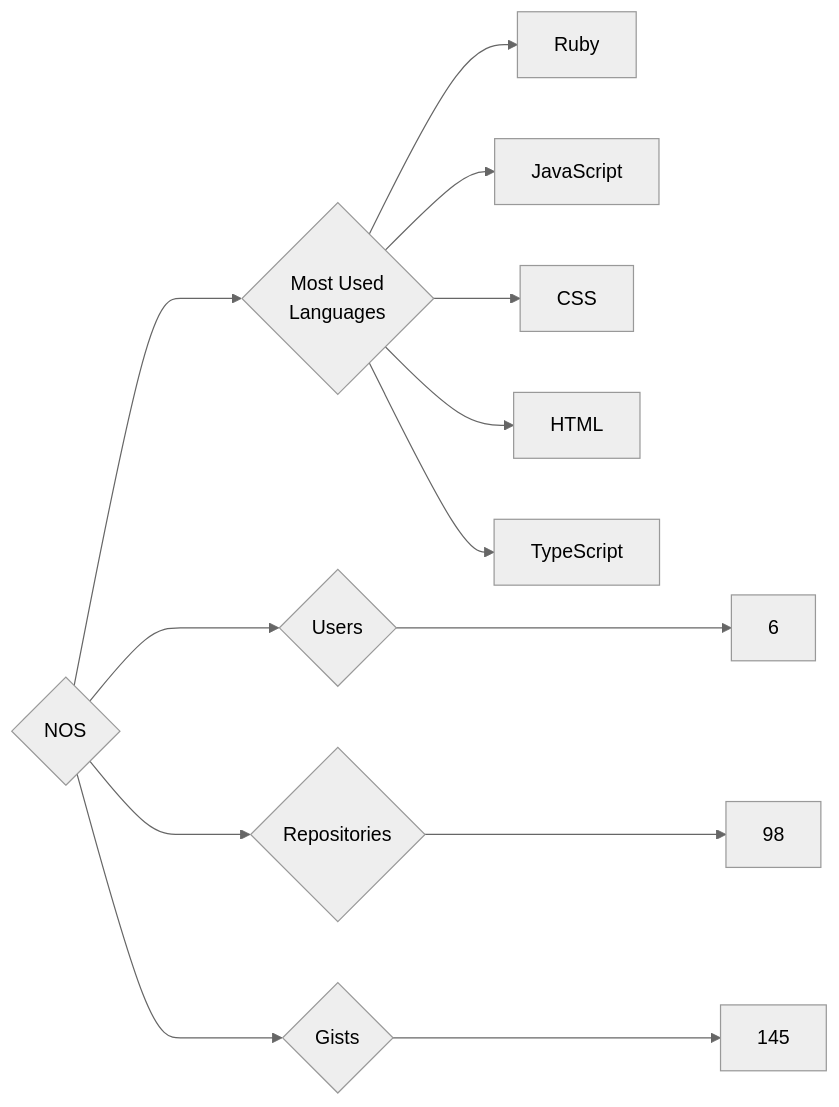
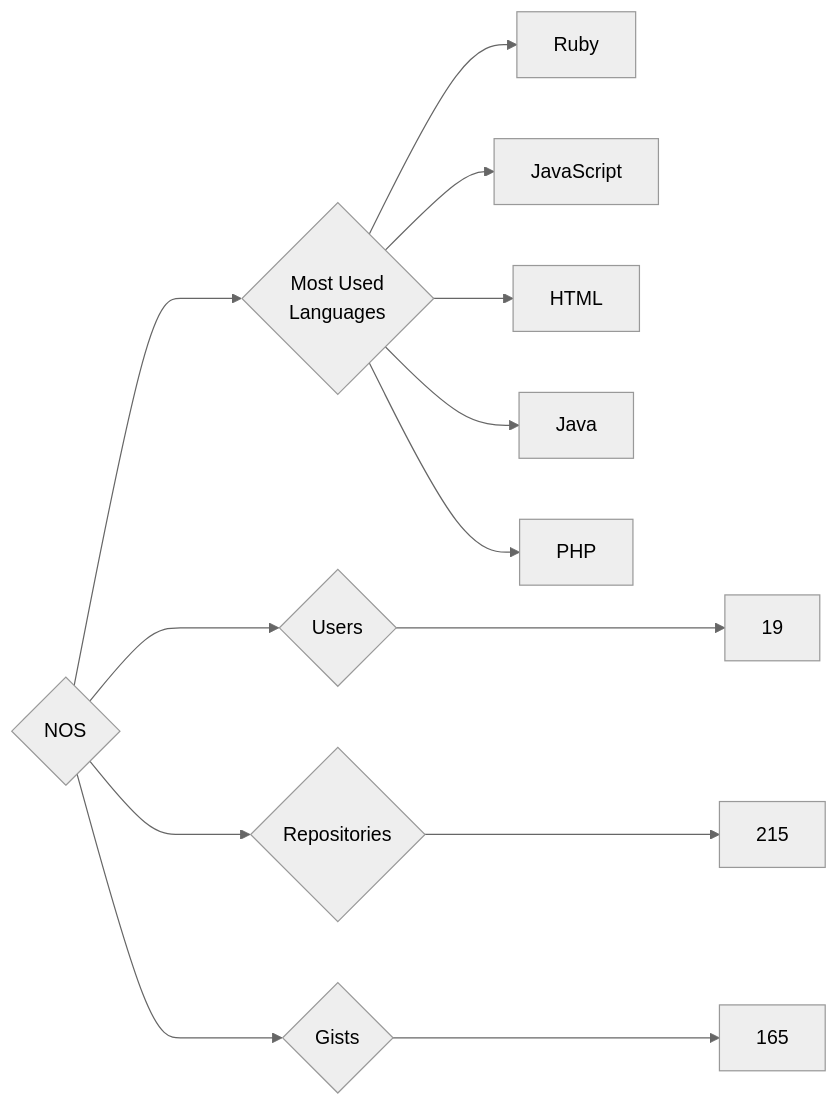
Before and after one commit to trickest/insiders: the diagram in targets/NOS/README.md, drawn with Mermaid (neutral theme). The commit also changed 829 other files, not shown here.

````diff
--- a/targets/NOS/README.md
+++ b/targets/NOS/README.md
@@ -3,13 +3,13 @@
 ```mermaid
 graph LR
 COMPANY_NAME{NOS}
-COMPANY_NAME ---> U{Users} ---> UN[6]
-COMPANY_NAME ---> R{Repositories} ---> RN[98]
-COMPANY_NAME ---> G{Gists} ---> GN[145]
+COMPANY_NAME ---> U{Users} ---> UN[19]
+COMPANY_NAME ---> R{Repositories} ---> RN[215]
+COMPANY_NAME ---> G{Gists} ---> GN[165]
 COMPANY_NAME ---> ML{Most Used<br>Languages}
 ML --> Ruby[Ruby]
 ML --> JavaScript[JavaScript]
-ML --> CSS[CSS]
 ML --> HTML[HTML]
-ML --> TypeScript[TypeScript]
+ML --> Java[Java]
+ML --> PHP[PHP]
 ```
````
